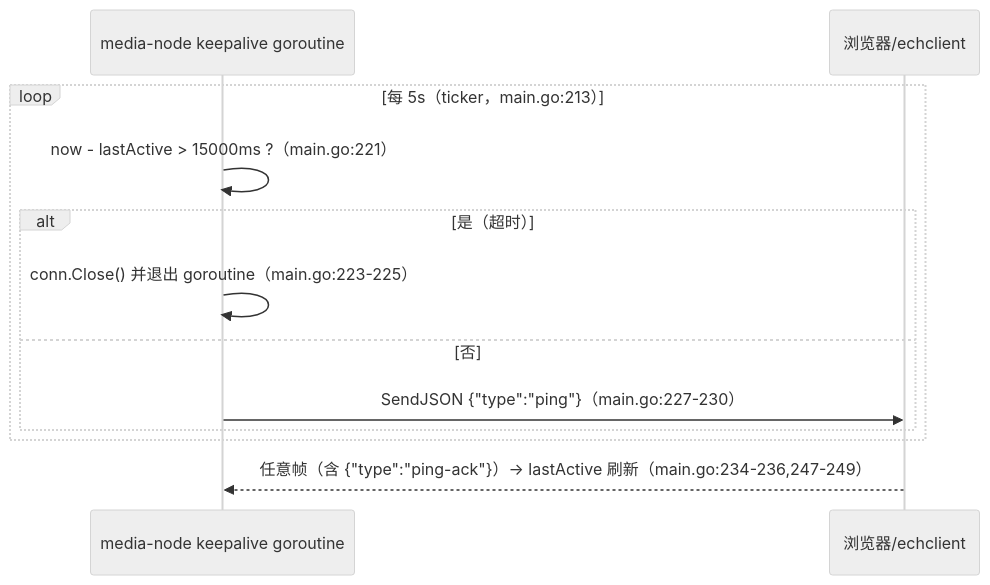
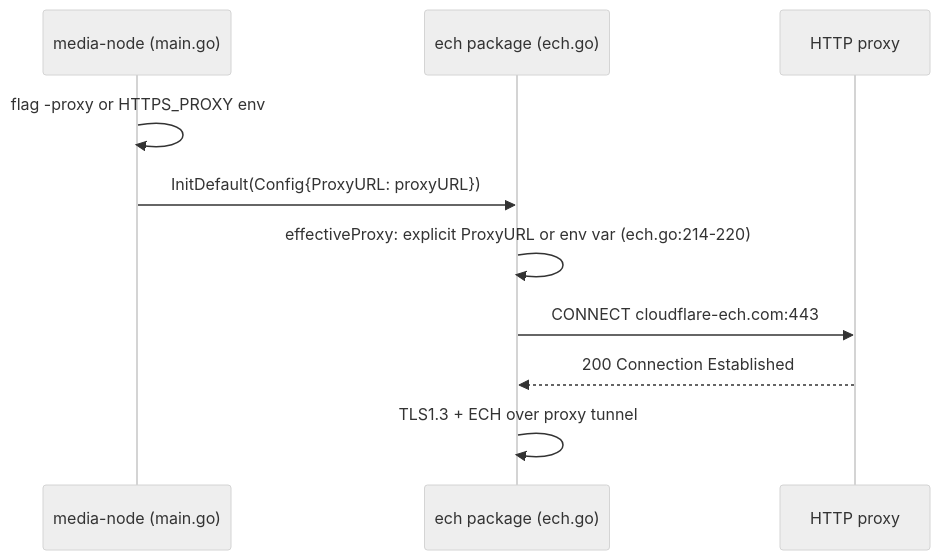
The fourth of 4 diagrams in doc/design/connections/13-media-node-ech.md (Hana-ame/peerdrive), drawn with Mermaid (neutral theme) before and after one commit. The commit also changed other lines of this file and 357 other files, not shown here.

````diff
--- a/doc/design/connections/13-media-node-ech.md
+++ b/doc/design/connections/13-media-node-ech.md
@@ -103,15 +123,13 @@
 ```mermaid
 sequenceDiagram
-  participant M as media-node keepalive goroutine
-  participant B as 浏览器/echclient
+  participant M as media-node (main.go)
+  participant E as ech package (ech.go)
+  participant Proxy as HTTP proxy
 
-  loop 每 5s（ticker，main.go:213）
-    M->>M: now - lastActive > 15000ms ?（main.go:221）
-    alt 是（超时）
-      M->>M: conn.Close() 并退出 goroutine（main.go:223-225）
-    else 否
-      M->>B: SendJSON {"type":"ping"}（main.go:227-230）
-    end
-  end
-  B-->>M: 任意帧（含 {"type":"ping-ack"}）→ lastActive 刷新（main.go:234-236,247-249）
+  M->>M: flag -proxy or HTTPS_PROXY env
+  M->>E: InitDefault(Config{ProxyURL: proxyURL})
+  E->>E: effectiveProxy: explicit ProxyURL or env var (ech.go:214-220)
+  E->>Proxy: CONNECT cloudflare-ech.com:443
+  Proxy-->>E: 200 Connection Established
+  E->>E: TLS1.3 + ECH over proxy tunnel
 ```
````
